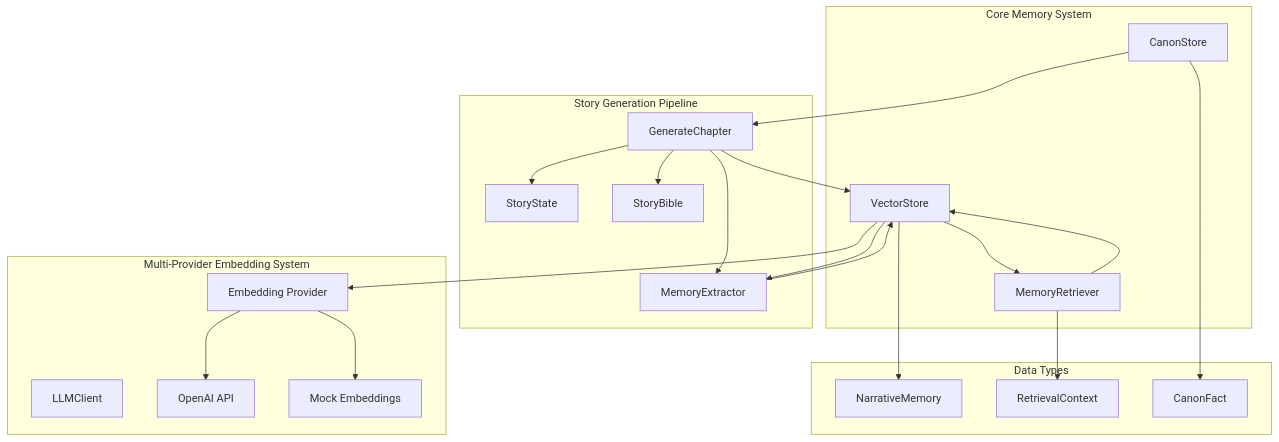
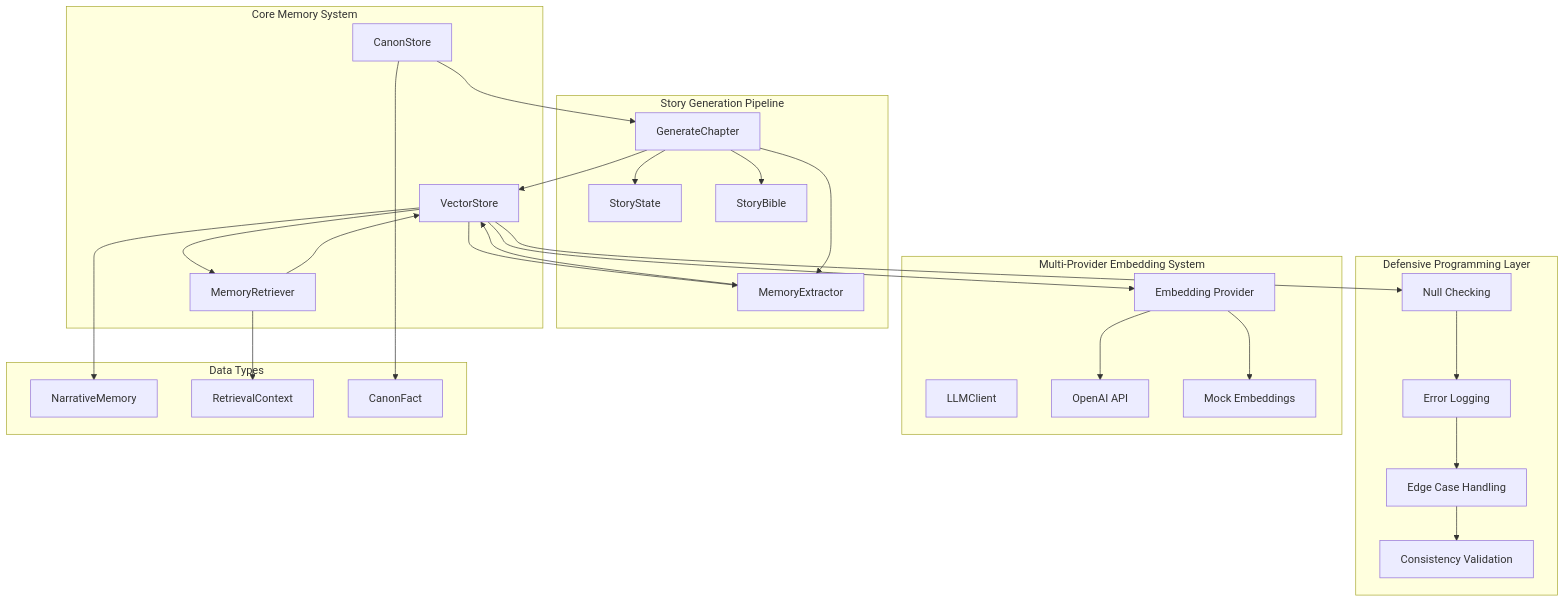
The first of 12 diagrams in .qoder/repowiki/en/content/Memory Management System/Vector Memory System.md (liwonder/NARRITIVE_OS), drawn with Mermaid before and after one commit. The commit also changed other lines of this file and 17 other files, not shown here.

````diff
--- a/.qoder/repowiki/en/content/Memory Management System/Vector Memory System.md
+++ b/.qoder/repowiki/en/content/Memory Management System/Vector Memory System.md
@@ -56,40 +53,50 @@
 ```mermaid
 graph TB
 subgraph "Core Memory System"
 VS[VectorStore]
 MR[MemoryRetriever]
 CS[CanonStore]
 end
 subgraph "Story Generation Pipeline"
 GE[GenerateChapter]
 ME[MemoryExtractor]
 ST[StoryState]
 BL[StoryBible]
+end
+subgraph "Defensive Programming Layer"
+NULLCHK[Null Checking]
+ERRLOG[Error Logging]
+EDGE[Edge Case Handling]
+CONSIST[Consistency Validation]
 end
 subgraph "Multi-Provider Embedding System"
 LLM[LLMClient]
 EMB[Embedding Provider]
 OPENAI[OpenAI API]
 MOCK[Mock Embeddings]
 end
 subgraph "Data Types"
 NT[NarrativeMemory]
 RC[RetrievalContext]
 CF[CanonFact]
 end
 VS --> MR
 VS --> ME
 CS --> GE
 GE --> VS
 GE --> ME
 ME --> VS
 MR --> VS
 VS --> EMB
 EMB --> OPENAI
 EMB --> MOCK
+VS --> NULLCHK
+NULLCHK --> ERRLOG
+ERRLOG --> EDGE
+EDGE --> CONSIST
 GE --> ST
 GE --> BL
 VS --> NT
 MR --> RC
 CS --> CF
 ```
````
